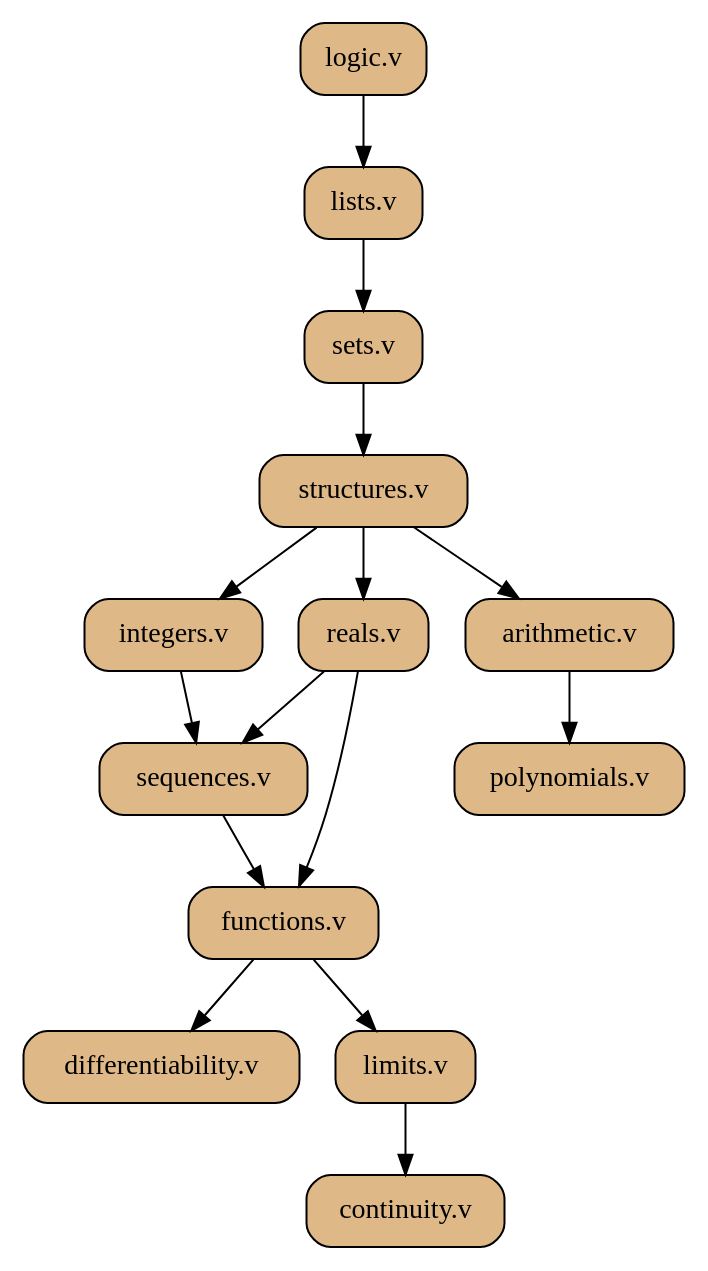
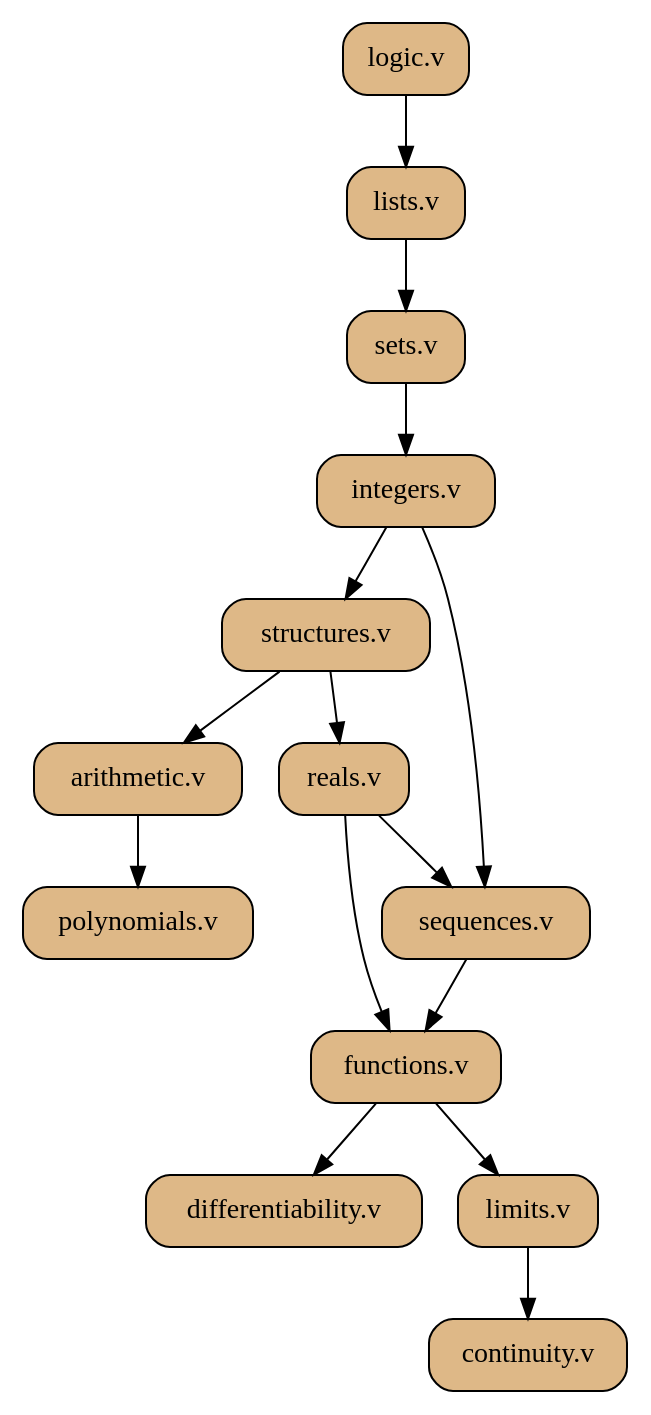
Before and after one commit to QuanticPotato/SAMPL: the diagram in doc/hierarchy.dot, drawn with Graphviz. The commit also changed 6 other files, not shown here.

```diff
--- a/doc/hierarchy.dot
+++ b/doc/hierarchy.dot
@@ -1,29 +1,29 @@
 digraph g{
 	logic [label="logic.v", shape=box, fillcolor="burlywood", style="filled,rounded"];
 	lists [label="lists.v", shape=box, fillcolor="burlywood", style="filled,rounded"];
 	sets [label="sets.v", shape=box, fillcolor="burlywood", style="filled,rounded"];
+	integers [label="integers.v", shape=box, fillcolor="burlywood", style="filled,rounded"];
 	structures [label="structures.v", shape=box, fillcolor="burlywood", style="filled,rounded"];
-	integers [label="integers.v", shape=box, fillcolor="burlywood", style="filled,rounded"];
 	reals [label="reals.v", shape=box, fillcolor="burlywood", style="filled,rounded"];
 	functions [label="functions.v", shape=box, fillcolor="burlywood", style="filled,rounded"];
 	differentiability [label="differentiability.v", shape=box, fillcolor="burlywood", style="filled,rounded"];
 	polynomials [label="polynomials.v", shape=box, fillcolor="burlywood", style="filled,rounded"];
 	sequences [label="sequences.v", shape=box, fillcolor="burlywood", style="filled,rounded"];
 	limits [label="limits.v", shape=box, fillcolor="burlywood", style="filled,rounded"];
 	continuity [label="continuity.v", shape=box, fillcolor="burlywood", style="filled,rounded"];
 	arithmetic [label="arithmetic.v", shape=box, fillcolor="burlywood", style="filled,rounded"];
 	logic -> lists
 	lists -> sets
-	sets -> structures
+	sets -> integers
+	integers -> structures
 	structures -> reals
 	structures -> arithmetic
-	structures -> integers
 	arithmetic -> polynomials
 	integers -> sequences
 	reals -> sequences
 	sequences -> functions
 	reals -> functions
 	functions -> differentiability
 	functions -> limits
 	limits -> continuity
 }
```
